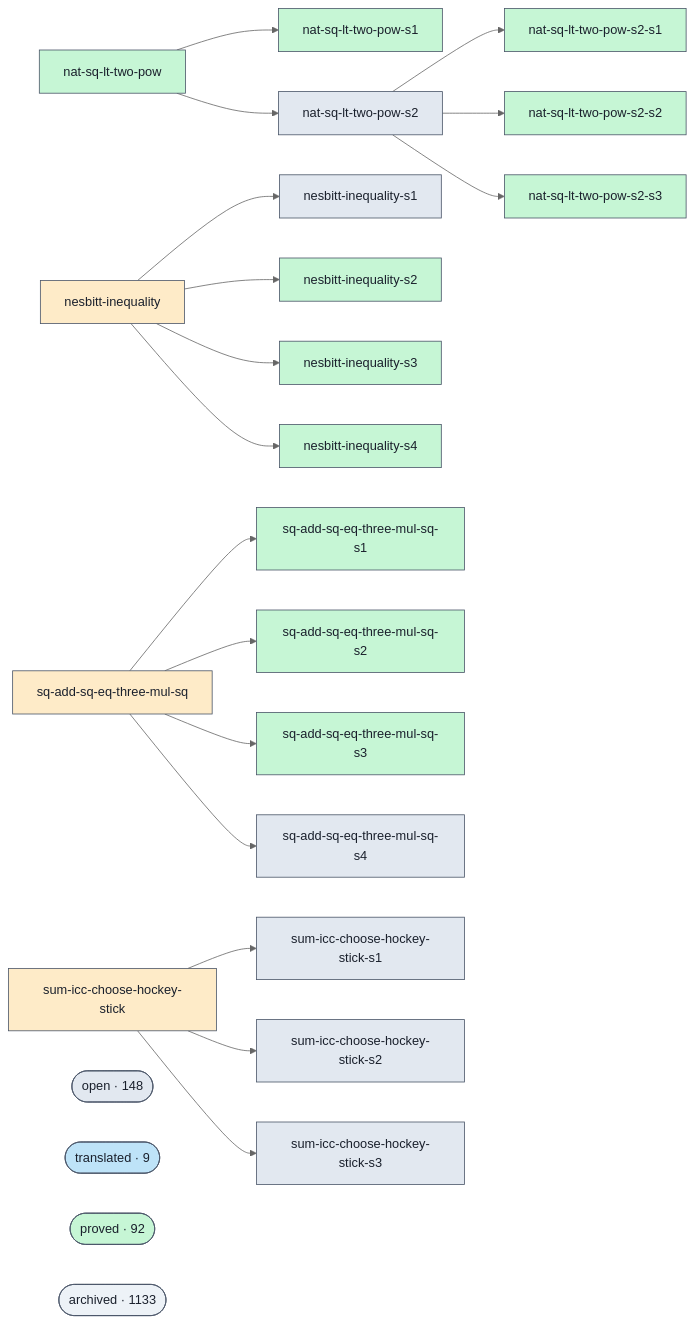
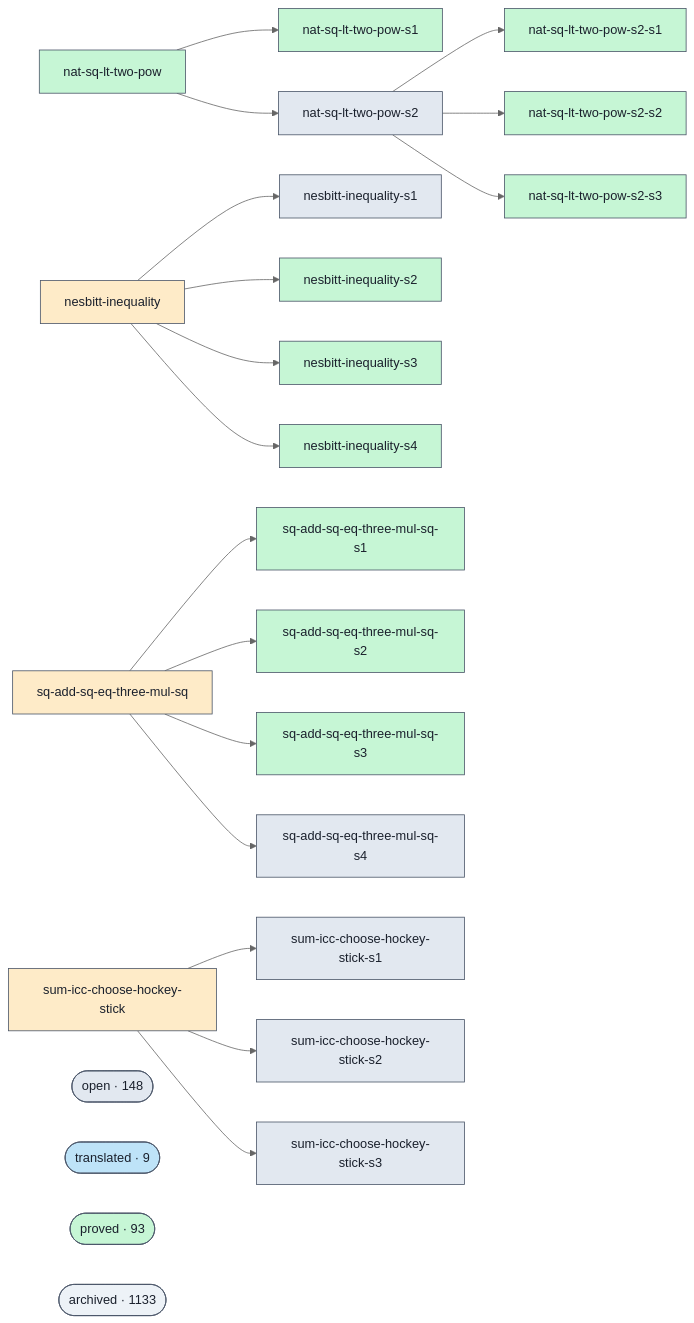
Before and after one commit to ohdearquant/unsorry: the diagram in docs/proofs-contributors-visualisation.md, drawn with Mermaid (neutral theme). The commit also changed other lines of this file and 2 other files, not shown here.

```diff
--- a/docs/proofs-contributors-visualisation.md
+++ b/docs/proofs-contributors-visualisation.md
@@ -102,7 +102,7 @@
   class cluster_open open;
   cluster_translated(["translated · 9"])
   class cluster_translated translated;
-  cluster_proved(["proved · 92"])
+  cluster_proved(["proved · 93"])
   class cluster_proved proved;
   cluster_archived(["archived · 1133"])
   class cluster_archived unknown;
```
